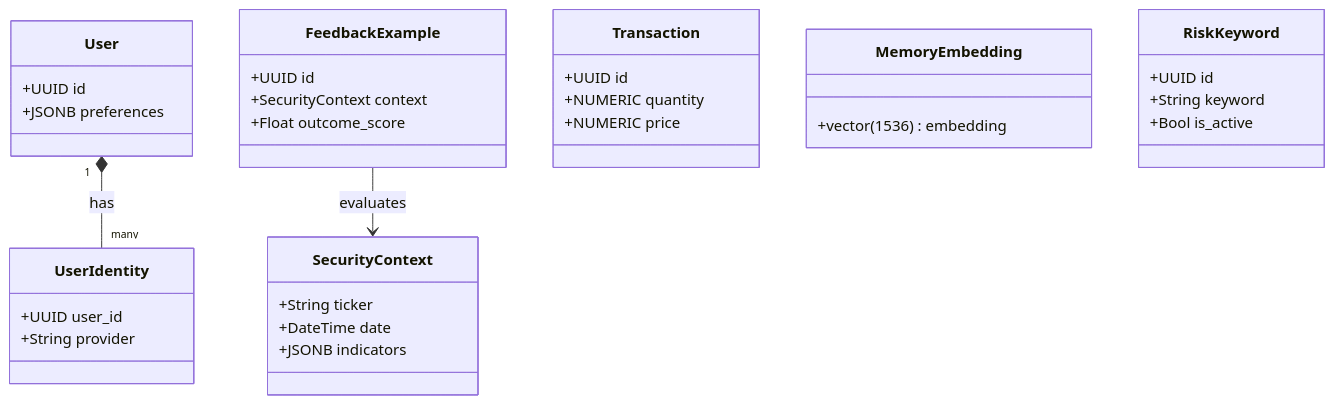
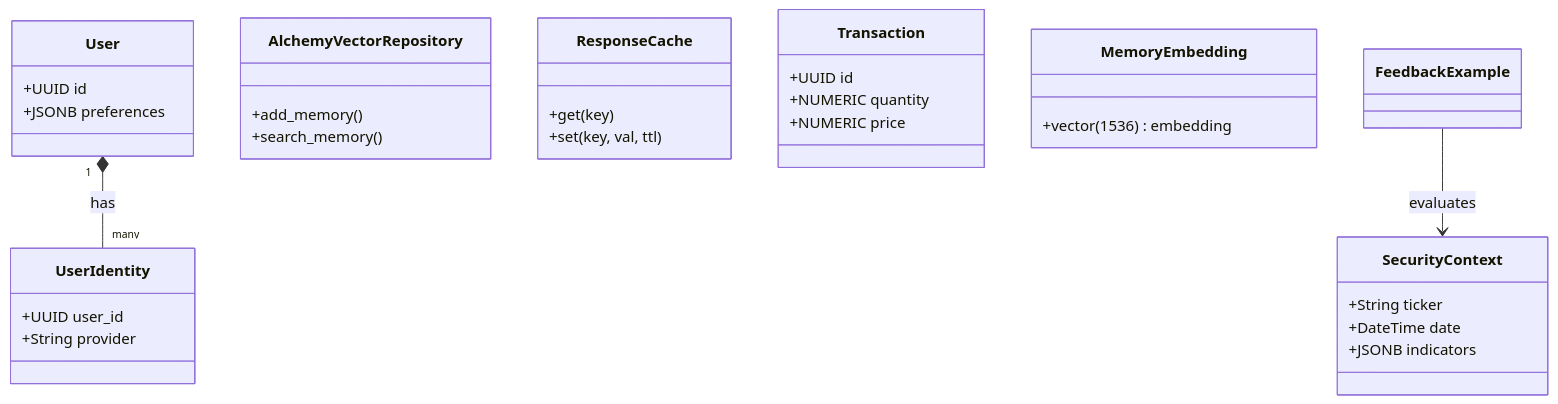
The second of 2 diagrams in wiki/04_架構觀點-Architect_Views/資料與領域模型-Data-Domain-Models.md (neohsiung/AI-Investment-Advisor), drawn with Mermaid before and after one commit. The commit also changed other lines of this file and 123 other files, not shown here.

````diff
--- a/wiki/04_架構觀點-Architect_Views/資料與領域模型-Data-Domain-Models.md
+++ b/wiki/04_架構觀點-Architect_Views/資料與領域模型-Data-Domain-Models.md
@@ -193,36 +207,34 @@
 ```mermaid
 classDiagram
     class User {
         +UUID id
         +JSONB preferences
     }
     class UserIdentity {
         +UUID user_id
         +String provider
     }
     User "1" *-- "many" UserIdentity : has
     class SecurityContext {
         +String ticker
         +DateTime date
         +JSONB indicators
     }
-    class FeedbackExample {
-        +UUID id
-        +SecurityContext context
-        +Float outcome_score
+    class AlchemyVectorRepository {
+        +add_memory()
+        +search_memory()
+    }
+    class ResponseCache {
+        +get(key)
+        +set(key, val, ttl)
     }
     class Transaction {
         +UUID id
         +NUMERIC quantity
         +NUMERIC price
     }
     class MemoryEmbedding {
         +vector(1536) embedding
     }
-    class RiskKeyword {
-        +UUID id
-        +String keyword
-        +Bool is_active
-    }
     FeedbackExample --> SecurityContext : evaluates
 ```
````
